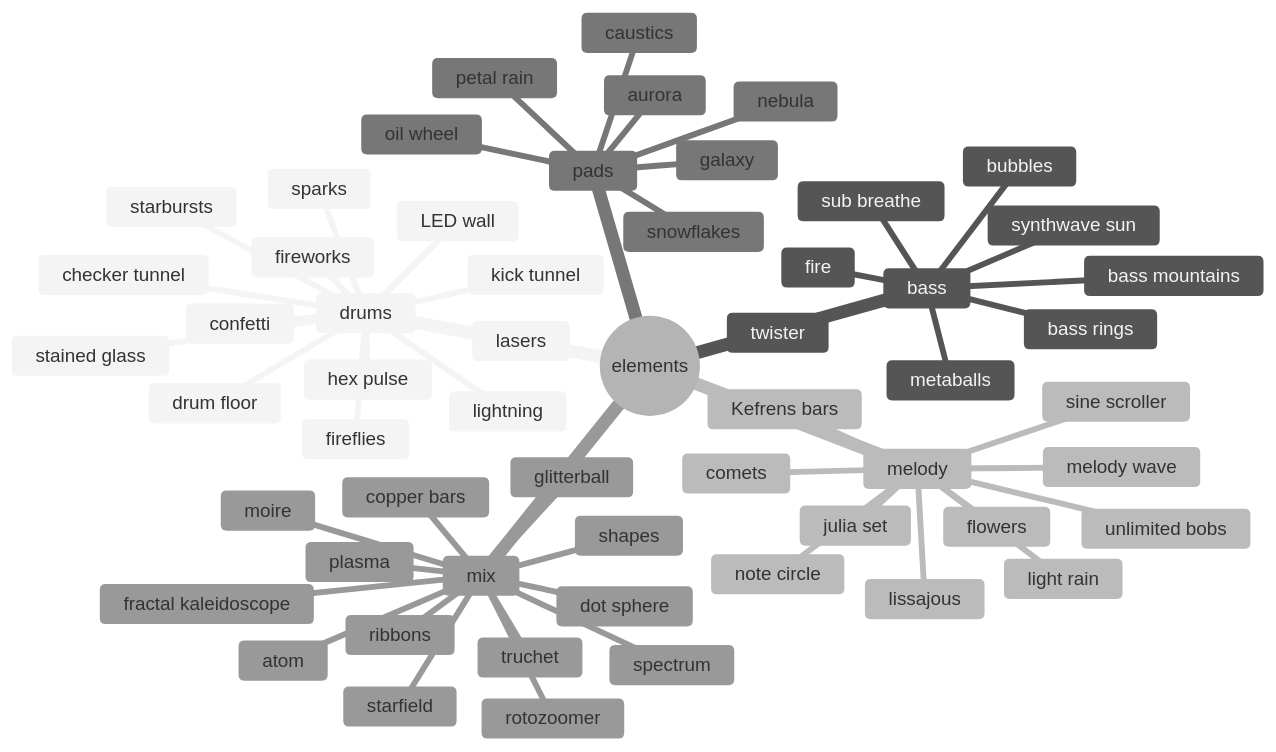
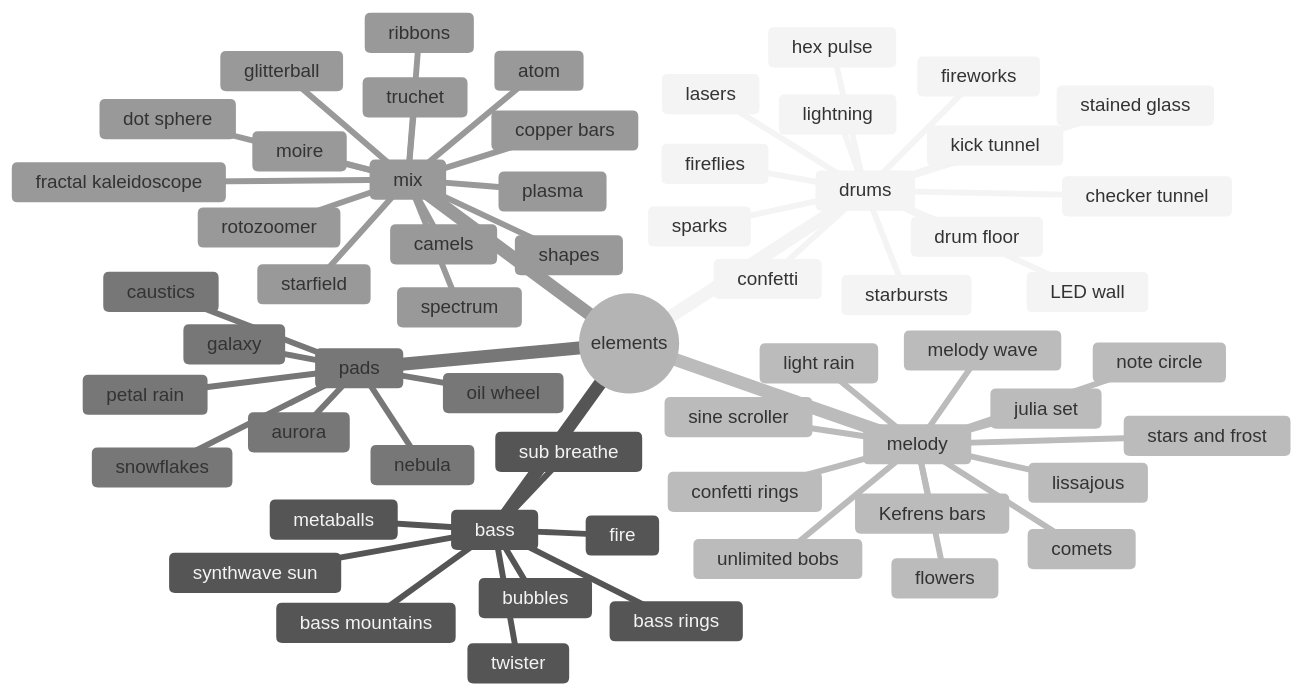
The second of 6 diagrams in docs/VISUALISER.md (FrunkQ/gondryator), drawn with Mermaid (neutral theme) before and after one commit. The commit also changed other lines of this file and 2 other files, not shown here.

Commit message:
Disco: bar-by-bar colours, flower cousins and a camel caravan; outro only for a break that runs to the end
- A closing break becomes the outro only if the drums never return and it
  plays to the end of the song.
- Long sections (16+ bars) repaint on every bar round a ring of three
  palettes; the phrase twist now comes every four bars from 4 s held.
- New sprite elements: confetti rings (two rings flung out per melody
  note), stars and frost (a star per note in warm palettes, a snowflake in
  cold ones), and camels (a blocky 8-bit caravan stepping on every beat).

Claude-Session: https://claude.ai/code/session_01Nx2NGyiX1JokHY4AsnGjuF

````diff
--- a/docs/VISUALISER.md
+++ b/docs/VISUALISER.md
@@ -29,60 +29,63 @@
 ```mermaid
 mindmap
   root((elements))
     drums
       kick tunnel
       lightning
       sparks
       drum floor
       starbursts
       confetti
       checker tunnel
       stained glass
       hex pulse
       lasers
       fireflies
       fireworks
       LED wall
     bass
       bass rings
       bass mountains
       sub breathe
       bubbles
       synthwave sun
       metaballs
       fire
       twister
     melody
       melody wave
       flowers
       note circle
       julia set
       lissajous
       light rain
       comets
       sine scroller
       Kefrens bars
       unlimited bobs
+      confetti rings
+      stars and frost
     pads
       aurora
       nebula
       snowflakes
       galaxy
       caustics
       petal rain
       oil wheel
     mix
       plasma
       shapes
       ribbons
       starfield
       fractal kaleidoscope
       spectrum
+      camels
       copper bars
       moire
       truchet
       rotozoomer
       glitterball
       atom
       dot sphere
 ```
````
